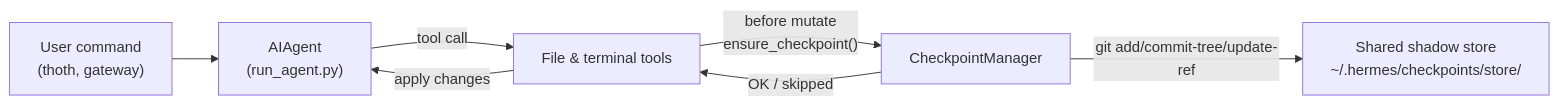
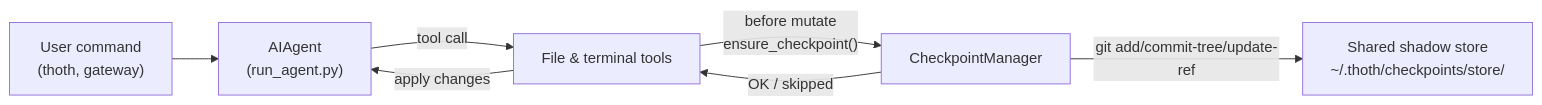
Before and after one commit to 519lab/thoth-agent: the diagram in website/docs/user-guide/checkpoints-and-rollback.md, drawn with Mermaid. The commit also changed other lines of this file and 282 other files, not shown here.

````diff
--- a/website/docs/user-guide/checkpoints-and-rollback.md
+++ b/website/docs/user-guide/checkpoints-and-rollback.md
@@ -69,15 +69,15 @@
 ```mermaid
 flowchart LR
   user["User command\n(thoth, gateway)"]
   agent["AIAgent\n(run_agent.py)"]
   tools["File & terminal tools"]
   cpMgr["CheckpointManager"]
-  store["Shared shadow store\n~/.hermes/checkpoints/store/"]
+  store["Shared shadow store\n~/.thoth/checkpoints/store/"]
 
   user --> agent
   agent -->|"tool call"| tools
   tools -->|"before mutate\nensure_checkpoint()"| cpMgr
   cpMgr -->|"git add/commit-tree/update-ref"| store
   cpMgr -->|"OK / skipped"| tools
   tools -->|"apply changes"| agent
 ```
````
